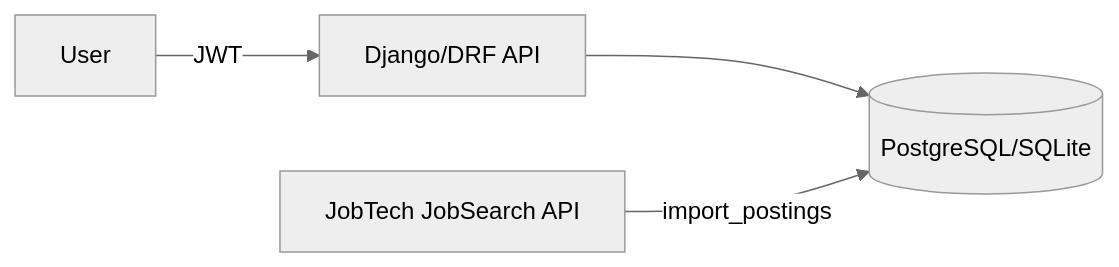
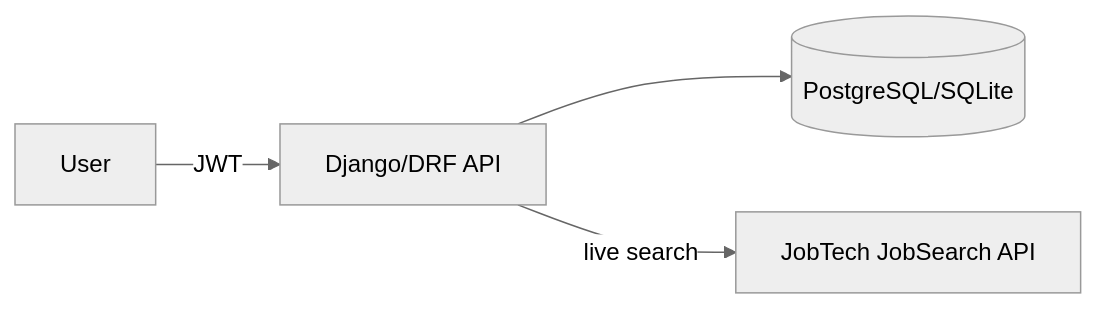
The diagram in README.md (OscarBackman92/af-jobbansokan-api), drawn with Mermaid (neutral theme) before and after one commit. The commit also changed other lines of this file and 1 other file, not shown here.

First line of the commit message:
Docs: live ad search + e-mail/reset env, and render.yaml prompts

````diff
--- a/README.md
+++ b/README.md
@@ -47,6 +52,6 @@
 ```mermaid
 flowchart LR
     U[User] -- JWT --> API[Django/DRF API]
     API --> DB[(PostgreSQL/SQLite)]
-    JT[JobTech JobSearch API] -- import_postings --> DB
+    API -- live search --> JT[JobTech JobSearch API]
 ```
````
